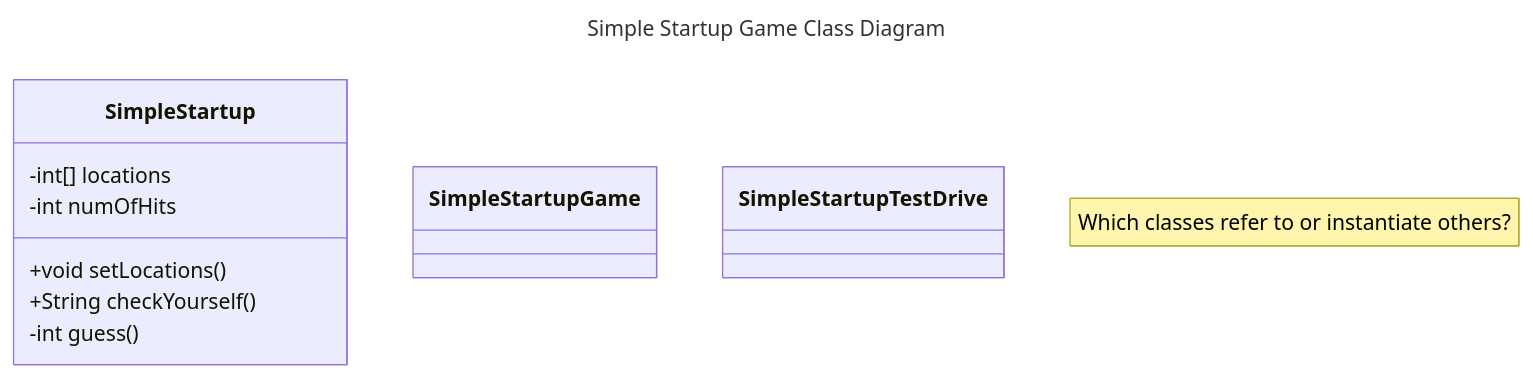
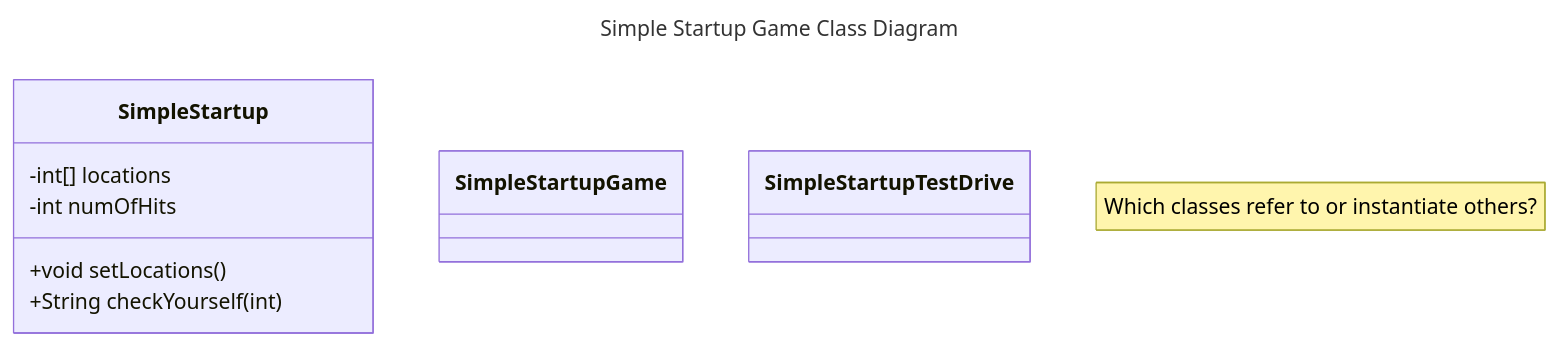
The diagram in notes/Week-09-a.md (TheEvergreenStateCollege/dgp-25au), drawn with Mermaid before and after one commit.

````diff
--- a/notes/Week-09-a.md
+++ b/notes/Week-09-a.md
@@ -19,22 +19,21 @@
 ```mermaid
 ---
 title: Simple Startup Game Class Diagram
 ---
 classDiagram
     note "Which classes refer to or instantiate others?"
     %% SimpleStartup <-- SimpleStartupGame
     %% SimpleStartup <-- SimpleStartupTestDrive
     SimpleStartup : -int[] locations
     SimpleStartup : -int numOfHits
     SimpleStartup : +void setLocations()
-    SimpleStartup : +String checkYourself()
-    SimpleStartup : -int guess()
+    SimpleStartup : +String checkYourself(int)
     class SimpleStartup{
     }
     class SimpleStartupGame{
     %%  +void main()
     }
     class SimpleStartupTestDrive{
     %%  + void main()
     }
 ```
````
